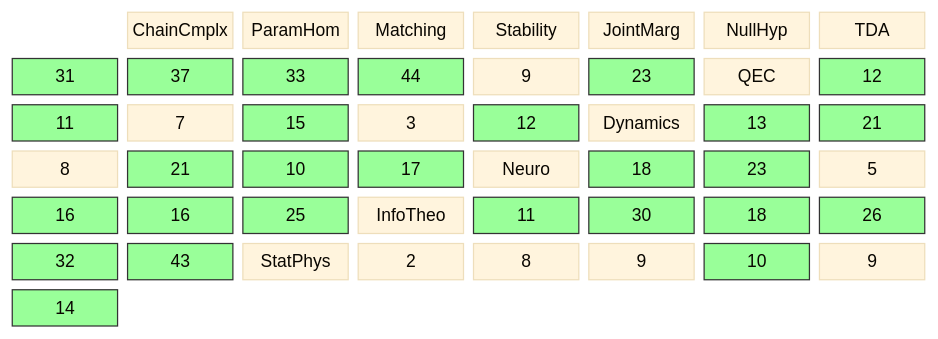
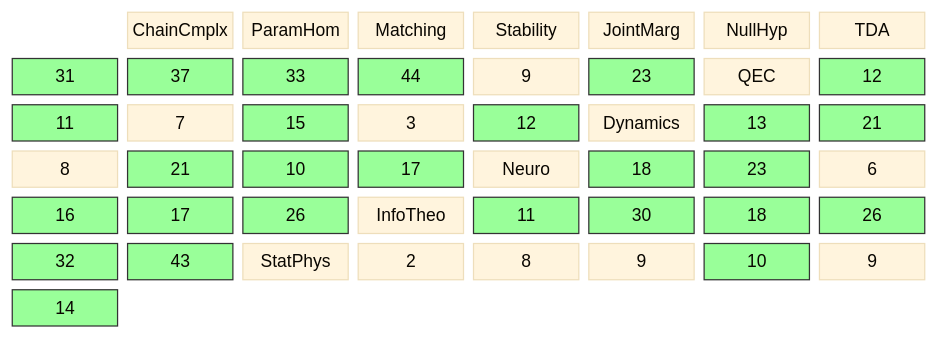
The diagram in diagrams/coverage-matrix.md (musicofhel/topoyolo), drawn with Mermaid before and after one commit. The commit also changed other lines of this file and 7 other files, not shown here.

````diff
--- a/diagrams/coverage-matrix.md
+++ b/diagrams/coverage-matrix.md
@@ -22,41 +22,41 @@
 ```mermaid
 %%{init: {'theme': 'base', 'themeVariables': {'fontSize': '14px'}}}%%
 block-beta
   columns 8
 
   space:1 CC["ChainCmplx"] PH["ParamHom"] MA["Matching"] ST["Stability"] JM["JointMarg"] NH["NullHyp"]
 
   TDA["TDA"] TDA_CC["31"] TDA_PH["37"] TDA_MA["33"] TDA_ST["44"] TDA_JM["9"] TDA_NH["23"]
   QEC["QEC"] QEC_CC["12"] QEC_PH["11"] QEC_MA["7"] QEC_ST["15"] QEC_JM["3"] QEC_NH["12"]
   DYN["Dynamics"] DYN_CC["13"] DYN_PH["21"] DYN_MA["8"] DYN_ST["21"] DYN_JM["10"] DYN_NH["17"]
-  NEU["Neuro"] NEU_CC["18"] NEU_PH["23"] NEU_MA["5"] NEU_ST["16"] NEU_JM["16"] NEU_NH["25"]
+  NEU["Neuro"] NEU_CC["18"] NEU_PH["23"] NEU_MA["6"] NEU_ST["16"] NEU_JM["17"] NEU_NH["26"]
   IT["InfoTheo"] IT_CC["11"] IT_PH["30"] IT_MA["18"] IT_ST["26"] IT_JM["32"] IT_NH["43"]
   SP["StatPhys"] SP_CC["2"] SP_PH["8"] SP_MA["9"] SP_ST["10"] SP_JM["9"] SP_NH["14"]
   style TDA_CC fill:#9f9,stroke:#333
   style TDA_PH fill:#9f9,stroke:#333
   style TDA_MA fill:#9f9,stroke:#333
   style TDA_ST fill:#9f9,stroke:#333
   style TDA_NH fill:#9f9,stroke:#333
   style QEC_CC fill:#9f9,stroke:#333
   style QEC_PH fill:#9f9,stroke:#333
   style QEC_ST fill:#9f9,stroke:#333
   style QEC_NH fill:#9f9,stroke:#333
   style DYN_CC fill:#9f9,stroke:#333
   style DYN_PH fill:#9f9,stroke:#333
   style DYN_ST fill:#9f9,stroke:#333
   style DYN_JM fill:#9f9,stroke:#333
   style DYN_NH fill:#9f9,stroke:#333
   style NEU_CC fill:#9f9,stroke:#333
   style NEU_PH fill:#9f9,stroke:#333
   style NEU_ST fill:#9f9,stroke:#333
   style NEU_JM fill:#9f9,stroke:#333
   style NEU_NH fill:#9f9,stroke:#333
   style IT_CC fill:#9f9,stroke:#333
   style IT_PH fill:#9f9,stroke:#333
   style IT_MA fill:#9f9,stroke:#333
   style IT_ST fill:#9f9,stroke:#333
   style IT_JM fill:#9f9,stroke:#333
   style IT_NH fill:#9f9,stroke:#333
   style SP_ST fill:#9f9,stroke:#333
   style SP_NH fill:#9f9,stroke:#333
 ```
````
